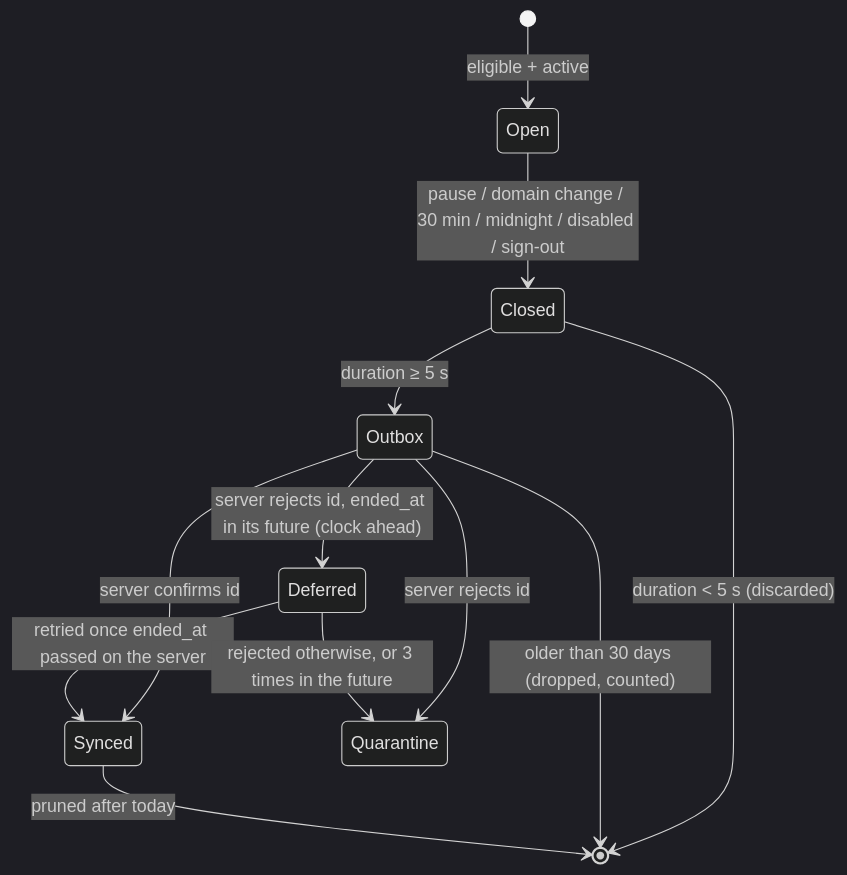
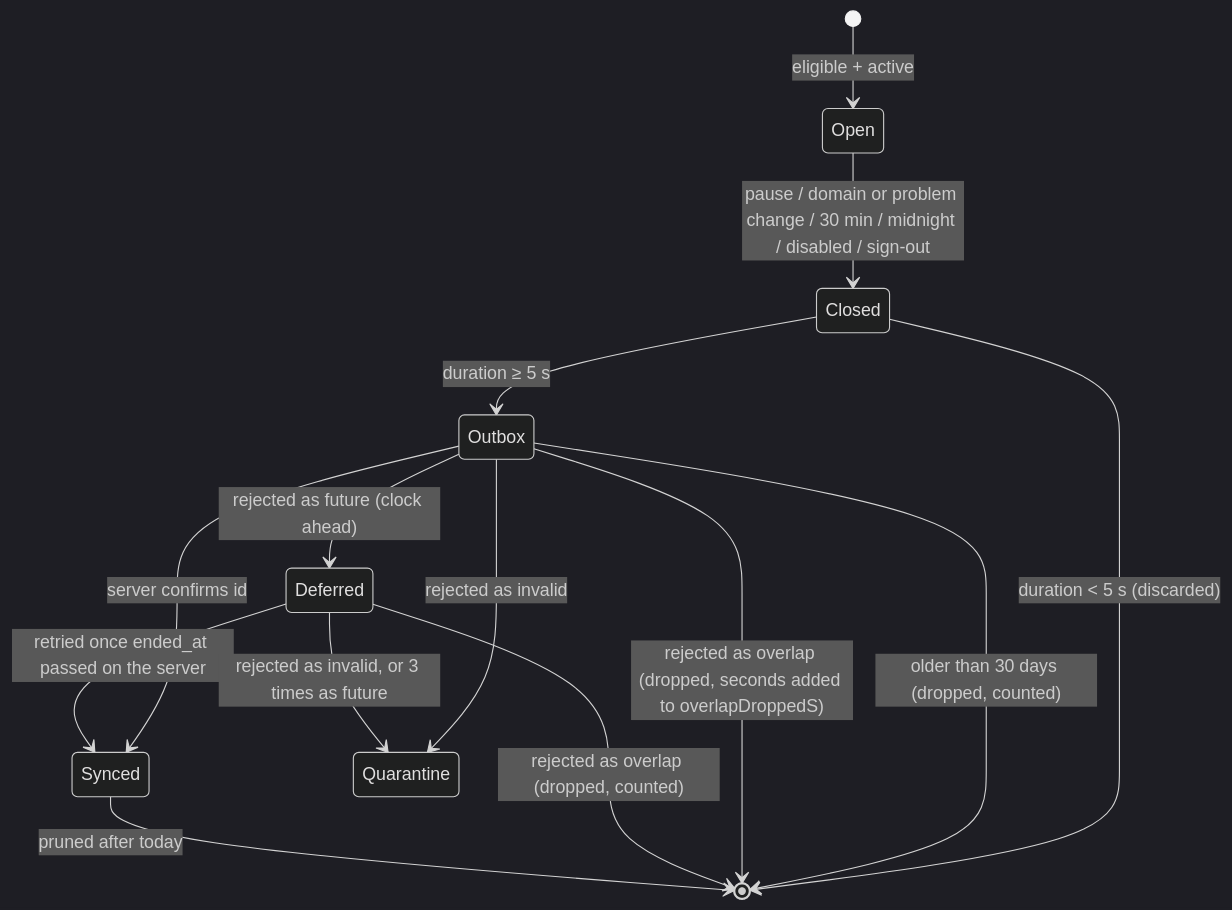
One commit to vbenedito/careeros changed the third of 4 diagrams in docs/architecture/extension.md. Above: the diagram before and after it, drawn with Mermaid (dark theme). The commit also changed other lines of this file and 29 other files, not shown here.

````diff
--- a/docs/architecture/extension.md
+++ b/docs/architecture/extension.md
@@ -79,14 +81,16 @@
 ```mermaid
 stateDiagram-v2
   [*] --> Open: eligible + active
-  Open --> Closed: pause / domain change / 30 min / midnight / disabled / sign-out
+  Open --> Closed: pause / domain or problem change / 30 min / midnight / disabled / sign-out
   Closed --> Outbox: duration ≥ 5 s
   Closed --> [*]: duration < 5 s (discarded)
   Outbox --> Synced: server confirms id
-  Outbox --> Quarantine: server rejects id
+  Outbox --> Quarantine: rejected as invalid
   Outbox --> [*]: older than 30 days (dropped, counted)
-  Outbox --> Deferred: server rejects id, ended_at in its future (clock ahead)
+  Outbox --> [*]: rejected as overlap (dropped, seconds added to overlapDroppedS)
+  Outbox --> Deferred: rejected as future (clock ahead)
   Deferred --> Synced: retried once ended_at passed on the server
-  Deferred --> Quarantine: rejected otherwise, or 3 times in the future
+  Deferred --> [*]: rejected as overlap (dropped, counted)
+  Deferred --> Quarantine: rejected as invalid, or 3 times as future
   Synced --> [*]: pruned after today
 ```
````
